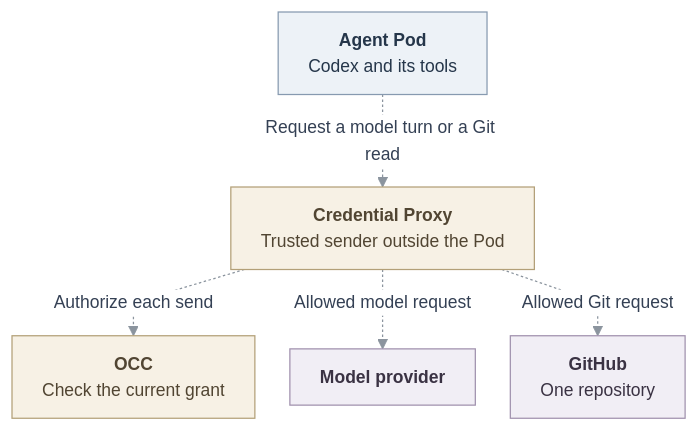
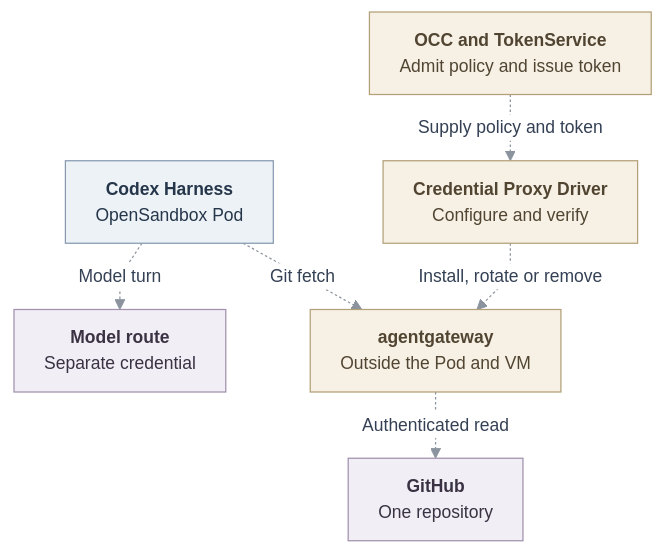
One commit to openclaw/openclaw-enterprise changed the diagram in specs/rfcs/20261124-opensandbox-harness.md. Above: the diagram before and after it, drawn with Mermaid. The commit also changed other lines of this file and 1 other file, not shown here.

Commit message:
Propose offline Git reads through agentgateway for OpenSandbox

````diff
--- a/specs/rfcs/20261124-opensandbox-harness.md
+++ b/specs/rfcs/20261124-opensandbox-harness.md
@@ -47,33 +55,35 @@
 ```mermaid
 ---
 config:
   theme: base
   htmlLabels: true
   themeVariables:
     fontSize: 14px
     primaryTextColor: "#344054"
     lineColor: "#8B949E"
     edgeLabelBackground: "#FFFFFF"
   flowchart:
     curve: linear
     nodeSpacing: 28
     rankSpacing: 32
     padding: 12
 ---
 flowchart TB
-  H["<b>Agent Pod</b><br/>Codex and its tools"]
-  S["<b>Credential Proxy</b><br/>Trusted sender outside the Pod"]
-  O["<b>OCC</b><br/>Check the current grant"]
-  M["<b>Model provider</b>"]
-  G["<b>GitHub</b><br/>One repository"]
-  H -.->|Request a model turn or a Git read| S
-  S -.->|Authorize each send| O
-  S -.->|Allowed model request| M
-  S -.->|Allowed Git request| G
+  H["<b>Codex Harness</b><br/>OpenSandbox Pod"]
+  M["<b>Model route</b><br/>Separate credential"]
+  T["<b>OCC and TokenService</b><br/>Admit policy and issue token"]
+  P["<b>Credential Proxy Driver</b><br/>Configure and verify"]
+  G["<b>agentgateway</b><br/>Outside the Pod and VM"]
+  R["<b>GitHub</b><br/>One repository"]
+  H -.->|Model turn| M
+  H -.->|Git fetch| G
+  T -.->|Supply policy and token| P
+  P -.->|Install, rotate or remove| G
+  G -.->|Authenticated read| R
   classDef workload fill:#EDF2F7,stroke:#879AB0,color:#25364A
   classDef gate fill:#F7F1E5,stroke:#B3A078,color:#514532
   classDef provider fill:#F1EEF5,stroke:#A091AD,color:#3A3243
   class H workload
-  class S,O gate
-  class M,G provider
+  class T,P,G gate
+  class M,R provider
 ```
````
